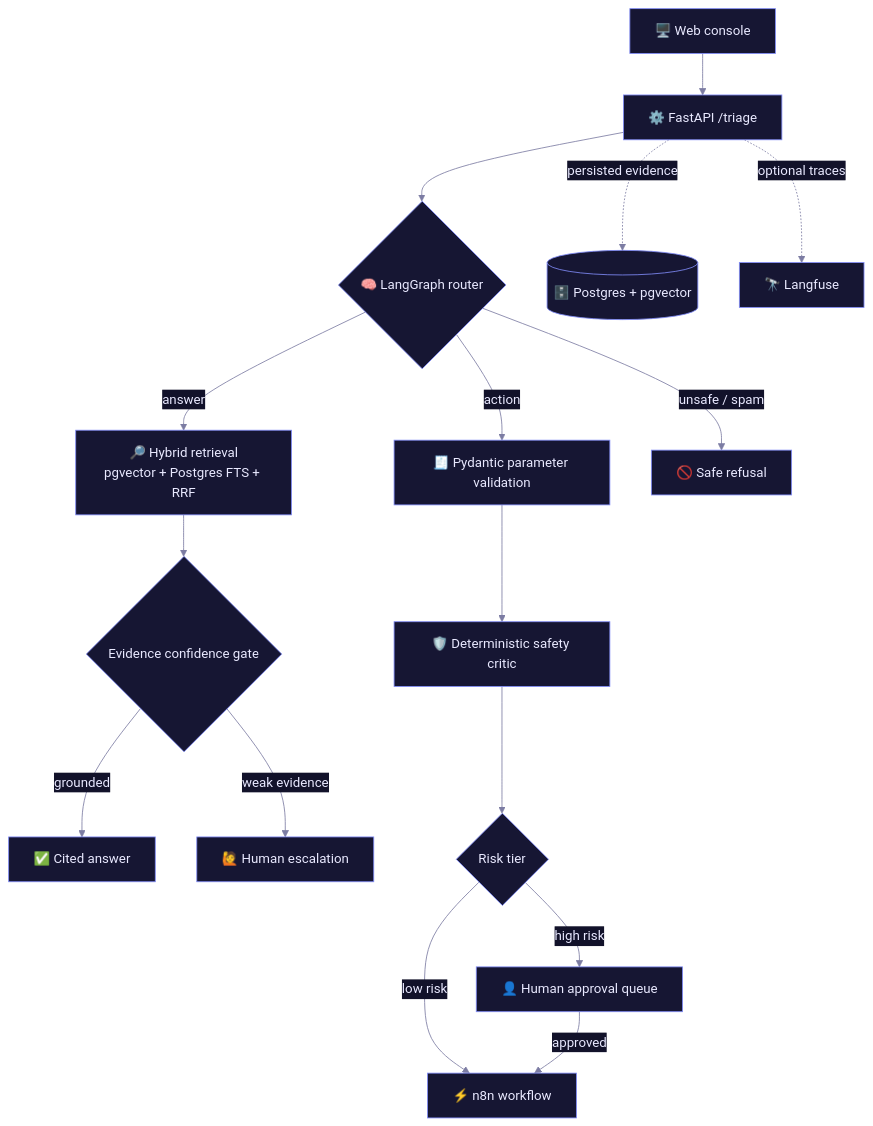
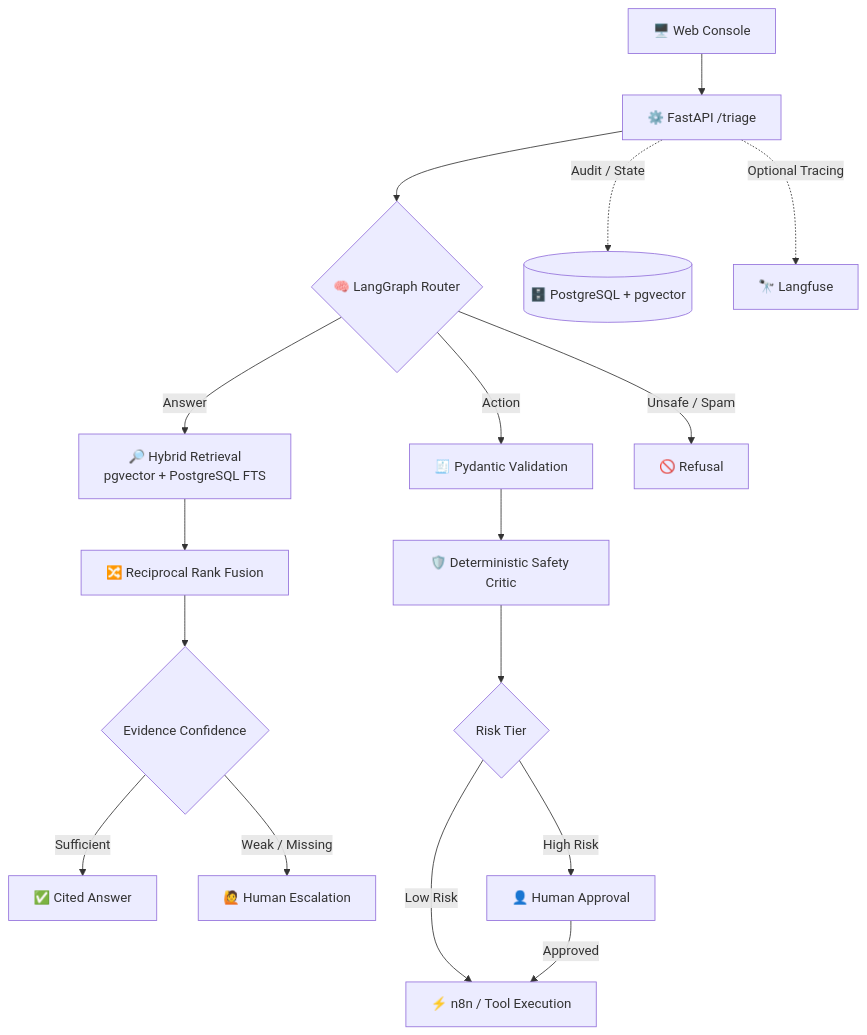
Before and after one commit to achal2005/sentinel-rag: the diagram in README.md, drawn with Mermaid. The commit also changed other lines of this file, not shown here.

````diff
--- a/README.md
+++ b/README.md
@@ -74,25 +104,29 @@
 ```mermaid
-%%{init: {'theme':'base','themeVariables':{'primaryColor':'#161633','primaryTextColor':'#e9e9ff','primaryBorderColor':'#818cf8','lineColor':'#7c7ca3','secondaryColor':'#12122a','tertiaryColor':'#0b0b1a','fontFamily':'ui-sans-serif, system-ui'}}}%%
 flowchart TB
-    WEB[🖥️ Web console] --> API[⚙️ FastAPI /triage]
 
-    API --> ROUTER{🧠 LangGraph router}
+    WEB["🖥️ Web Console"] --> API["⚙️ FastAPI /triage"]
 
-    ROUTER -->|answer| RETRIEVE[🔎 Hybrid retrieval<br/>pgvector + Postgres FTS + RRF]
-    RETRIEVE --> GATE{Evidence confidence gate}
-    GATE -->|grounded| ANSWER[✅ Cited answer]
-    GATE -->|weak evidence| ESCALATE[🙋 Human escalation]
+    API --> ROUTER{"🧠 LangGraph Router"}
 
-    ROUTER -->|action| VALIDATE[🧾 Pydantic parameter validation]
-    VALIDATE --> CRITIC[🛡️ Deterministic safety critic]
-    CRITIC --> RISK{Risk tier}
+    ROUTER -->|Answer| RETRIEVE["🔎 Hybrid Retrieval
+    pgvector + PostgreSQL FTS"]
 
-    RISK -->|low risk| N8N[⚡ n8n workflow]
-    RISK -->|high risk| APPROVAL[👤 Human approval queue]
-    APPROVAL -->|approved| N8N
+    RETRIEVE --> RRF["🔀 Reciprocal Rank Fusion"]
+    RRF --> GATE{"Evidence Confidence"}
 
-    ROUTER -->|unsafe / spam| REFUSE[🚫 Safe refusal]
+    GATE -->|Sufficient| ANSWER["✅ Cited Answer"]
+    GATE -->|Weak / Missing| ESCALATE["🙋 Human Escalation"]
 
-    API -. persisted evidence .-> DB[(🗄️ Postgres + pgvector)]
-    API -. optional traces .-> LANGFUSE[🔭 Langfuse]
+    ROUTER -->|Action| VALIDATE["🧾 Pydantic Validation"]
+    VALIDATE --> CRITIC["🛡️ Deterministic Safety Critic"]
+    CRITIC --> RISK{"Risk Tier"}
+
+    RISK -->|Low Risk| TOOL["⚡ n8n / Tool Execution"]
+    RISK -->|High Risk| APPROVAL["👤 Human Approval"]
+    APPROVAL -->|Approved| TOOL
+
+    ROUTER -->|Unsafe / Spam| REFUSE["🚫 Refusal"]
+
+    API -. Audit / State .-> DB[("🗄️ PostgreSQL + pgvector")]
+    API -. Optional Tracing .-> LANGFUSE["🔭 Langfuse"]
 ```
````
